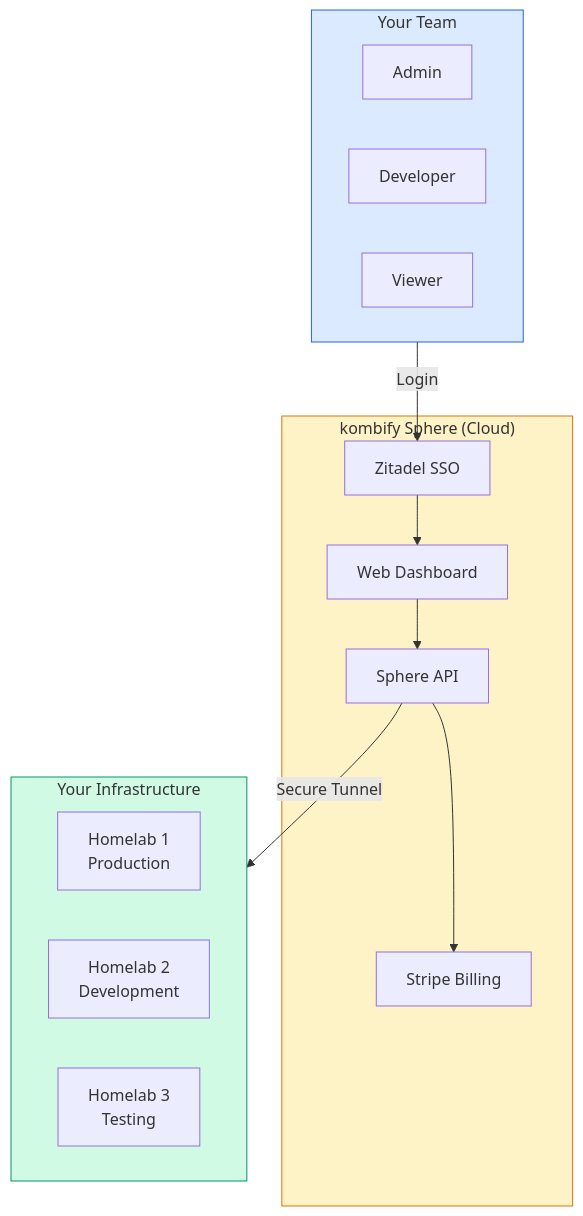
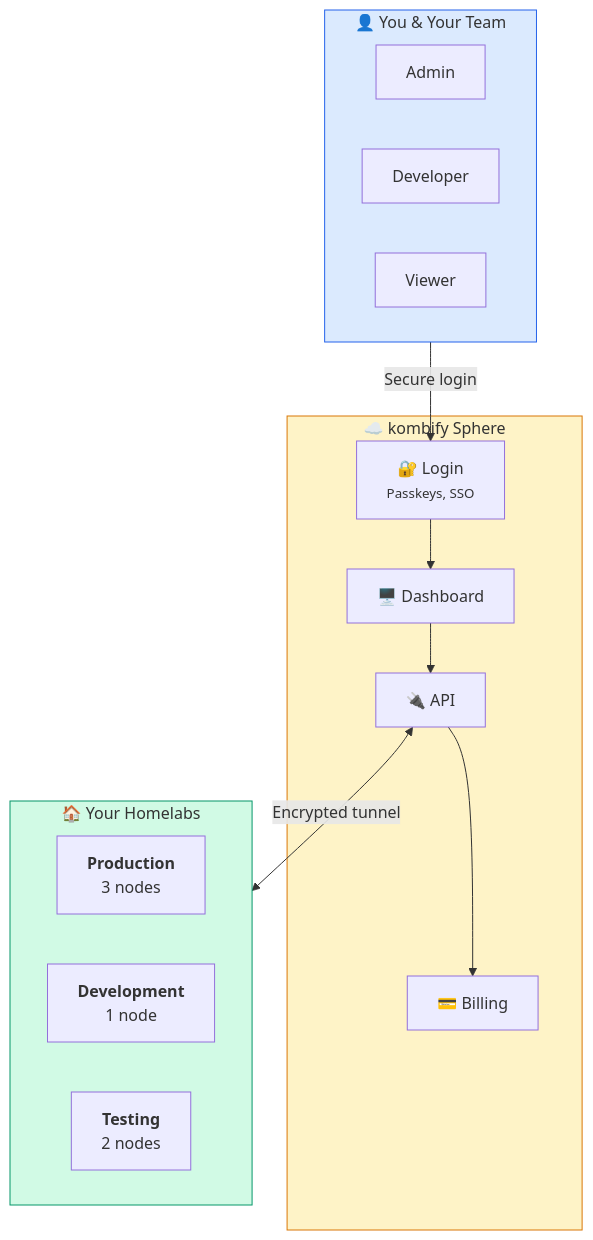
The first of 3 diagrams in sphere/overview.mdx (KombiverseLabs/docs), drawn with Mermaid before and after one commit. The commit also changed other lines of this file and 31 other files, not shown here.

````diff
--- a/sphere/overview.mdx
+++ b/sphere/overview.mdx
@@ -37,31 +54,31 @@
 ```mermaid
-graph TB
-    subgraph Users["Your Team"]
+flowchart TB
+    subgraph You["👤 You & Your Team"]
         Admin["Admin"]
         Dev["Developer"]
         Viewer["Viewer"]
     end
     
-    subgraph Sphere["kombify Sphere (Cloud)"]
-        Dashboard["Web Dashboard"]
-        Auth["Zitadel SSO"]
-        API["Sphere API"]
-        Billing["Stripe Billing"]
+    subgraph Sphere["☁️ kombify Sphere"]
+        Dashboard["🖥️ Dashboard"]
+        Auth["🔐 Login<br/><small>Passkeys, SSO</small>"]
+        API["🔌 API"]
+        Billing["💳 Billing"]
     end
     
-    subgraph Homelabs["Your Infrastructure"]
-        HL1["Homelab 1<br/>Production"]
-        HL2["Homelab 2<br/>Development"]
-        HL3["Homelab 3<br/>Testing"]
+    subgraph Homelabs["🏠 Your Homelabs"]
+        HL1["<b>Production</b><br/>3 nodes"]
+        HL2["<b>Development</b><br/>1 node"]
+        HL3["<b>Testing</b><br/>2 nodes"]
     end
     
-    Users -->|Login| Auth
+    You -->|"Secure login"| Auth
     Auth --> Dashboard
     Dashboard --> API
     API --> Billing
-    API -->|Secure Tunnel| Homelabs
+    API <-->|"Encrypted tunnel"| Homelabs
     
-    style Users fill:#dbeafe,stroke:#2563eb
+    style You fill:#dbeafe,stroke:#2563eb
     style Sphere fill:#fef3c7,stroke:#d97706
     style Homelabs fill:#d1fae5,stroke:#059669
 ```
````
